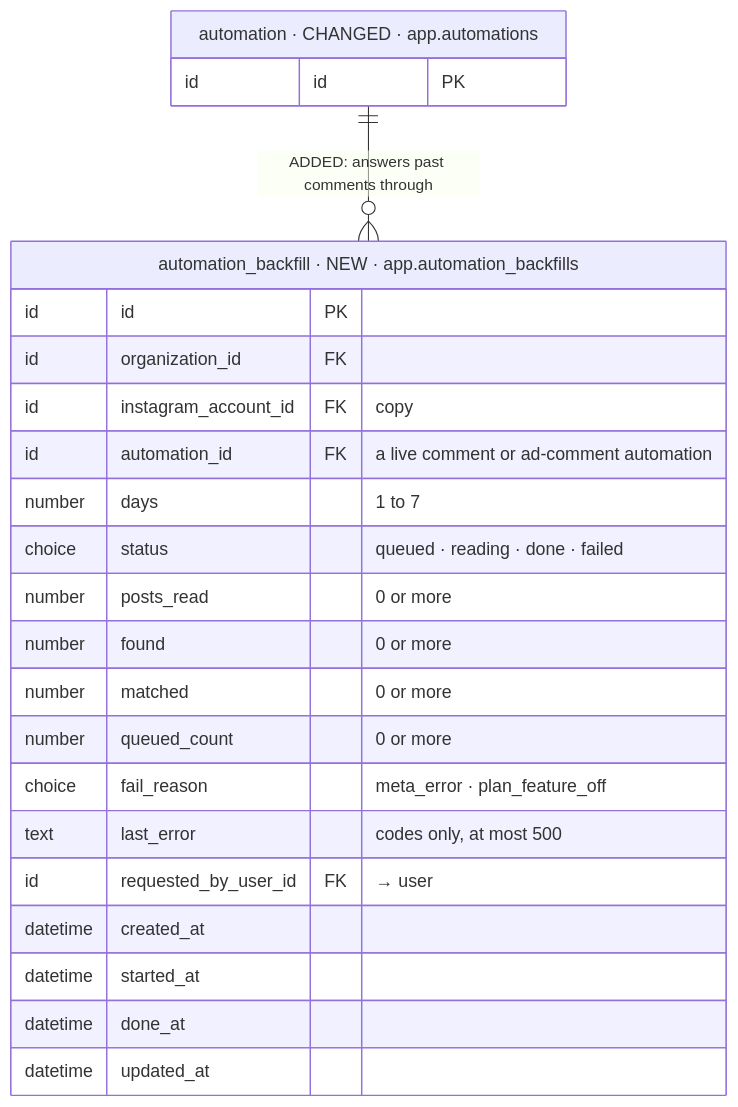
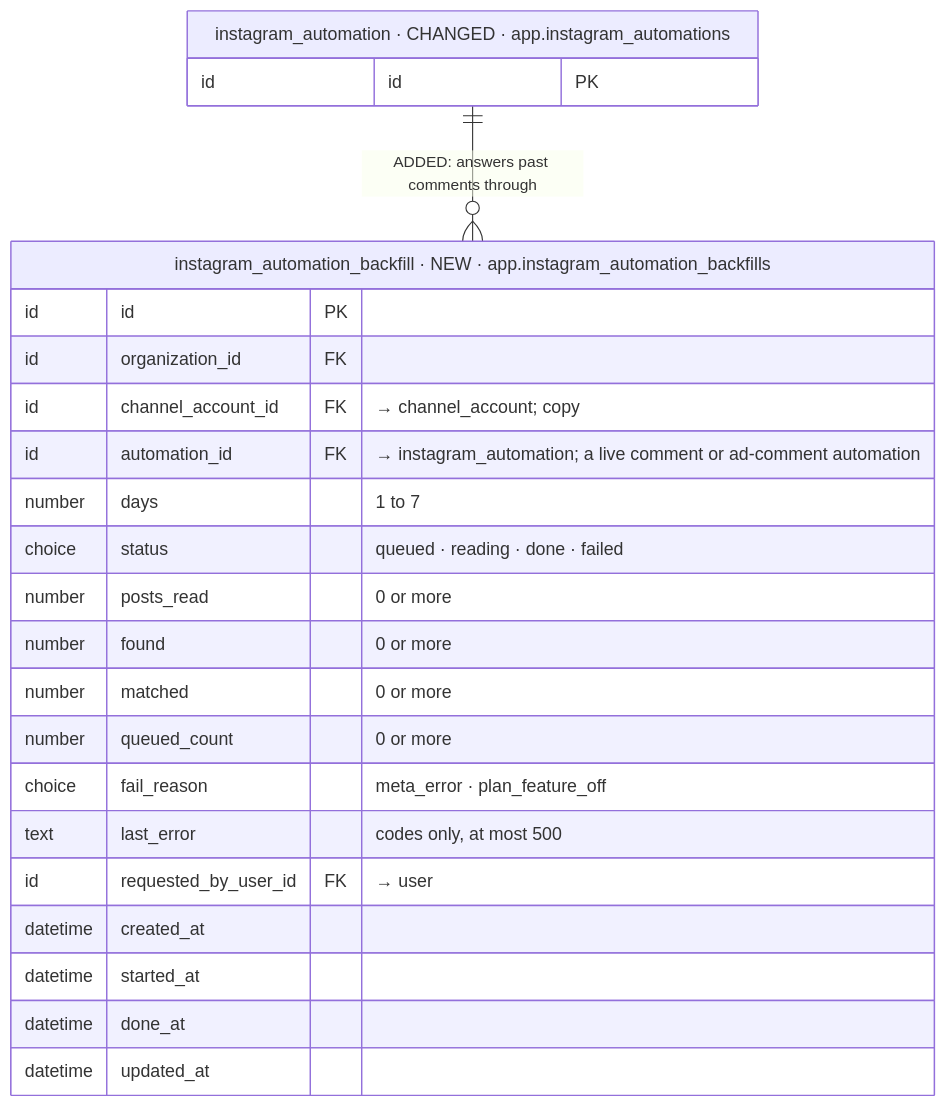
One commit to albetrios/meepzo-be changed diagram 14 of 40 in iterations/feat-instagram-dm-sending-2026-11-23-oxak/plans/db-changes.md. Above: the diagram before and after it, drawn with Mermaid. The commit also changed other lines of this file and 3 other files, not shown here.

````diff
--- a/iterations/feat-instagram-dm-sending-2026-11-23-oxak/plans/db-changes.md
+++ b/iterations/feat-instagram-dm-sending-2026-11-23-oxak/plans/db-changes.md
@@ -669,26 +796,26 @@
 ```mermaid
 erDiagram
-  automation_backfill["automation_backfill · NEW · app.automation_backfills"] {
+  instagram_automation_backfill["instagram_automation_backfill · NEW · app.instagram_automation_backfills"] {
     id id PK
     id organization_id FK
-    id instagram_account_id FK "copy"
-    id automation_id FK "a live comment or ad-comment automation"
+    id channel_account_id FK "→ channel_account; copy"
+    id automation_id FK "→ instagram_automation; a live comment or ad-comment automation"
     number days "1 to 7"
     choice status "queued · reading · done · failed"
     number posts_read "0 or more"
     number found "0 or more"
     number matched "0 or more"
     number queued_count "0 or more"
     choice fail_reason "meta_error · plan_feature_off"
     text last_error "codes only, at most 500"
     id requested_by_user_id FK "→ user"
     datetime created_at
     datetime started_at
     datetime done_at
     datetime updated_at
   }
-  automation["automation · CHANGED · app.automations"] {
+  instagram_automation["instagram_automation · CHANGED · app.instagram_automations"] {
     id id PK
   }
-  automation ||--o{ automation_backfill : "ADDED: answers past comments through"
+  instagram_automation ||--o{ instagram_automation_backfill : "ADDED: answers past comments through"
 ```
````
